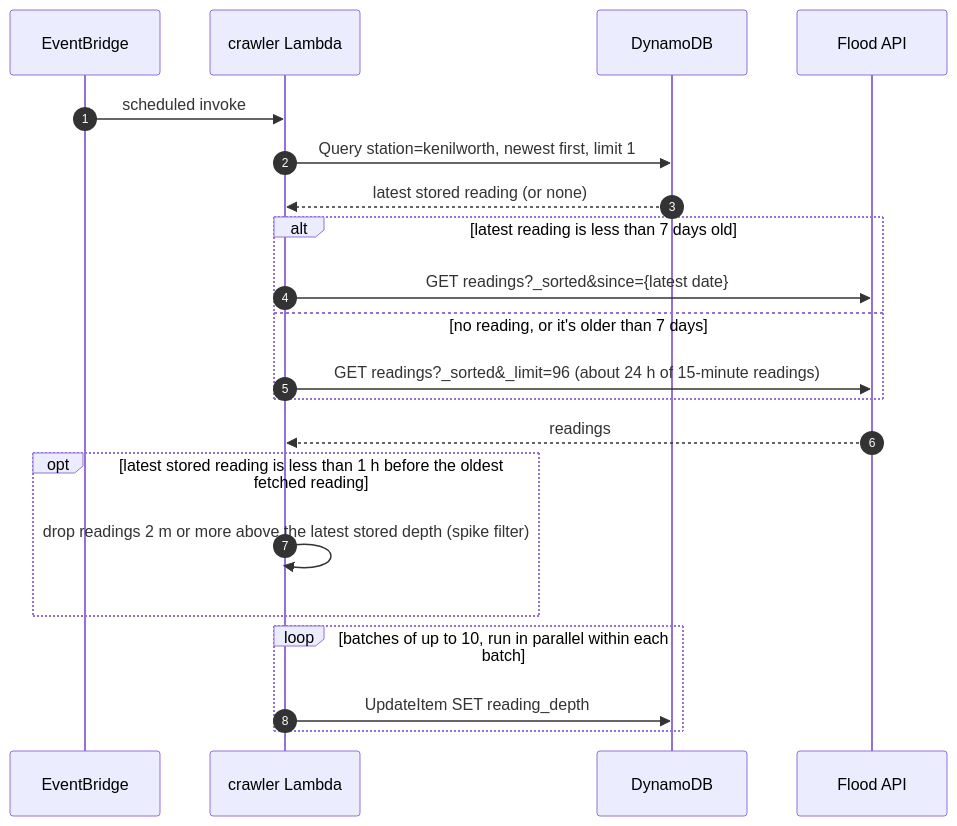
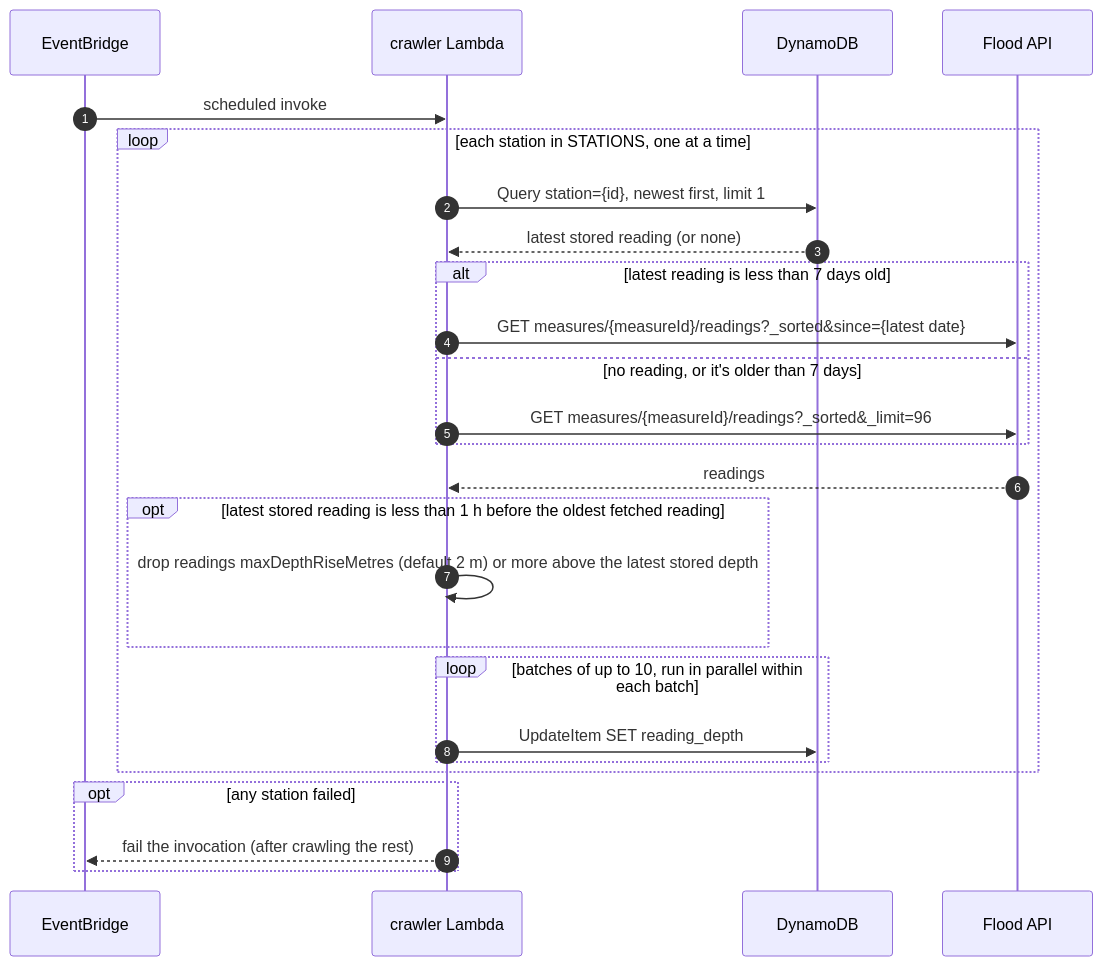
One commit to daveshepherd/river-levels changed the second of 4 diagrams in docs/infrastructure.md. Above: the diagram before and after it, drawn with Mermaid. The commit also changed other lines of this file and 21 other files, not shown here.

````diff
--- a/docs/infrastructure.md
+++ b/docs/infrastructure.md
@@ -57,24 +57,29 @@
 ```mermaid
 sequenceDiagram
   autonumber
   participant EB as EventBridge
   participant C as crawler Lambda
   participant DB as DynamoDB
   participant EA as Flood API
 
   EB->>C: scheduled invoke
-  C->>DB: Query station=kenilworth, newest first, limit 1
-  DB-->>C: latest stored reading (or none)
-  alt latest reading is less than 7 days old
-    C->>EA: GET readings?_sorted&since={latest date}
-  else no reading, or it's older than 7 days
-    C->>EA: GET readings?_sorted&_limit=96 (about 24 h of 15-minute readings)
+  loop each station in STATIONS, one at a time
+    C->>DB: Query station={id}, newest first, limit 1
+    DB-->>C: latest stored reading (or none)
+    alt latest reading is less than 7 days old
+      C->>EA: GET measures/{measureId}/readings?_sorted&since={latest date}
+    else no reading, or it's older than 7 days
+      C->>EA: GET measures/{measureId}/readings?_sorted&_limit=96
+    end
+    EA-->>C: readings
+    opt latest stored reading is less than 1 h before the oldest fetched reading
+      C->>C: drop readings maxDepthRiseMetres (default 2 m) or more above the latest stored depth
+    end
+    loop batches of up to 10, run in parallel within each batch
+      C->>DB: UpdateItem SET reading_depth
+    end
   end
-  EA-->>C: readings
-  opt latest stored reading is less than 1 h before the oldest fetched reading
-    C->>C: drop readings 2 m or more above the latest stored depth (spike filter)
-  end
-  loop batches of up to 10, run in parallel within each batch
-    C->>DB: UpdateItem SET reading_depth
+  opt any station failed
+    C-->>EB: fail the invocation (after crawling the rest)
   end
 ```
````
